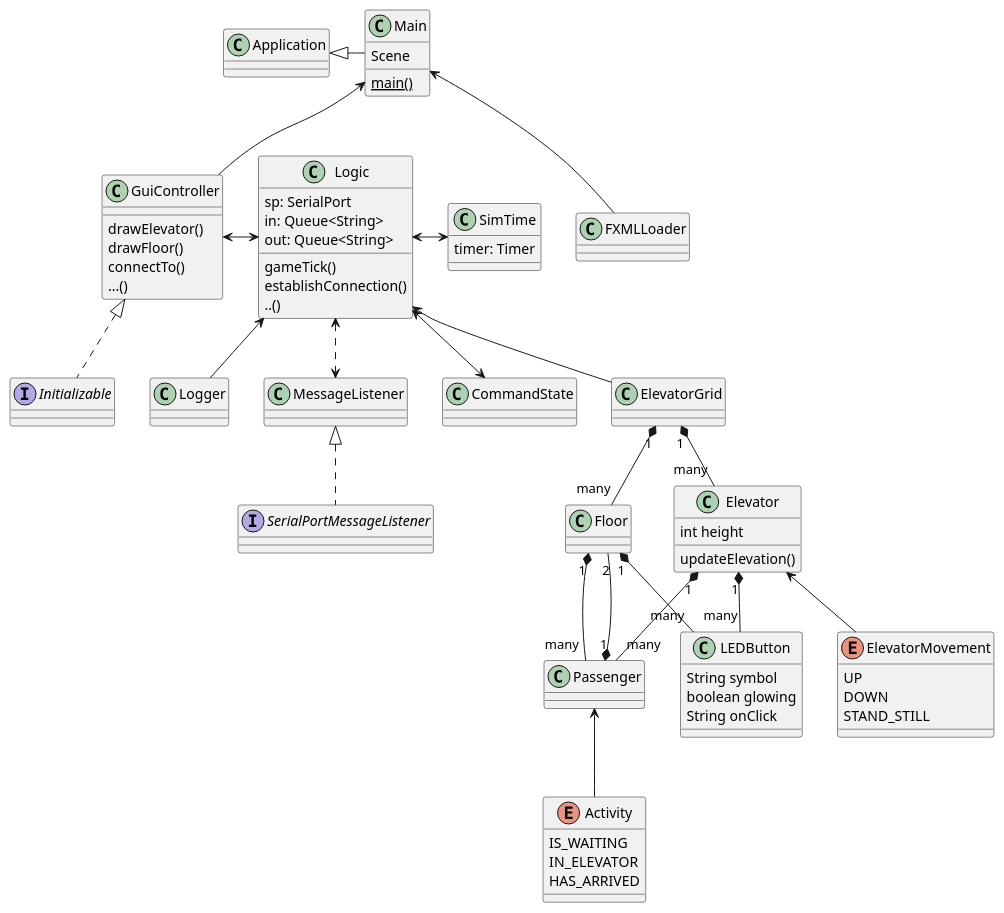
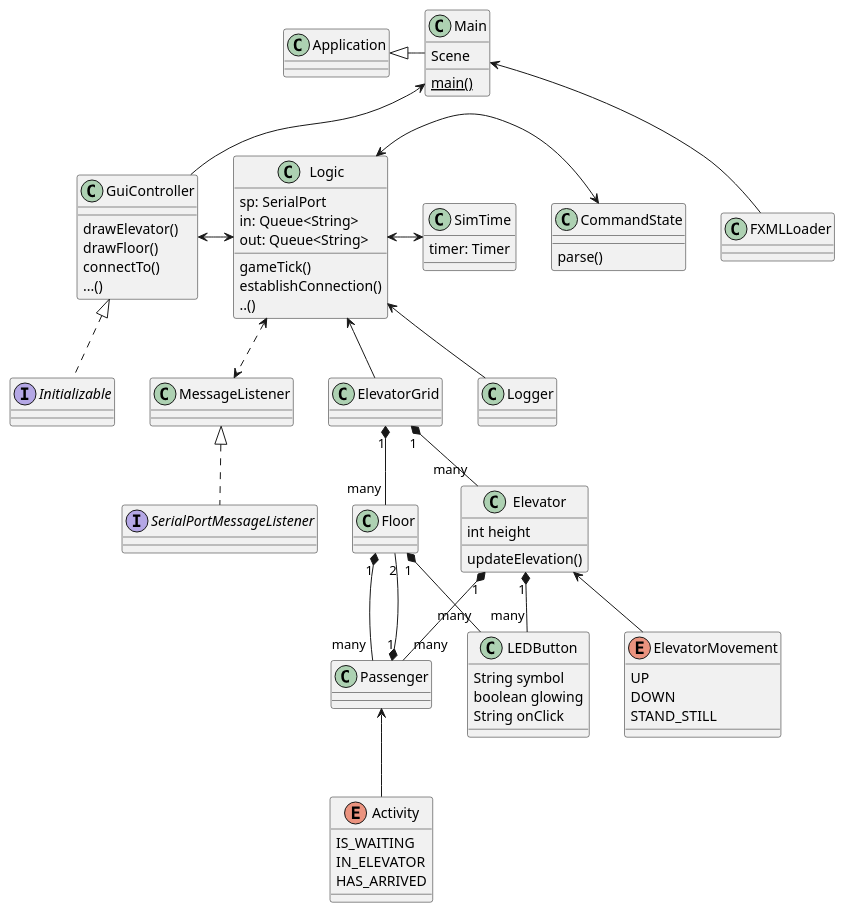
One commit to chumira/elevatorGUI_FH changed the diagram in src/main/resources/uml.puml. Above: the diagram before and after it, drawn with PlantUML. The commit also changed 3 other files, not shown here.

```diff
--- a/src/main/resources/uml.puml
+++ b/src/main/resources/uml.puml
@@ -1,83 +1,85 @@
 @startuml
 'https://plantuml.com/class-diagram
 
 
 
 
 class Application
 
 class Main {
 Scene
 {static} main()
 }
 
 
 
 class Logic{
 sp: SerialPort
 in: Queue<String>
 out: Queue<String>
 gameTick()
 establishConnection()
 ..()
 }
 class MessageListener
 interface SerialPortMessageListener
 interface Initializable
-class CommandState
+class CommandState{
+parse()
+}
 class ElevatorGrid{
 }
 class Elevator{
 int height
 updateElevation()
 }
 class GuiController{
 drawElevator()
 drawFloor()
 connectTo()
 ...()
 }
 class Floor
 class SimTime{
 timer: Timer
 }
 class Passenger
 class LEDButton{
 String symbol
 boolean glowing
 String onClick
 }
 Application<|- Main
 Main <-- GuiController
 Main <-- FXMLLoader
 GuiController <|.. Initializable
 GuiController <-> Logic
 Logic <-- ElevatorGrid
 Logic <-> SimTime
 Logic <-- Logger
-Logic <--> CommandState
+Logic <-> CommandState
 Logic <..> MessageListener
 MessageListener <|.. SerialPortMessageListener
 ElevatorGrid "1" *-- "many" Elevator
 ElevatorGrid "1" *-- "many" Floor
 Elevator <-- ElevatorMovement
 Elevator "1" *-- "many" Passenger
 Floor "1" *-- "many" Passenger
 Elevator "1" *-- "many" LEDButton
 Floor "1" *-- "many" LEDButton
 Passenger <-- Activity
 Passenger "1" *- "2" Floor
 
 enum Activity {
 IS_WAITING
 IN_ELEVATOR
 HAS_ARRIVED
 }
 
 enum ElevatorMovement{
 UP
 DOWN
 STAND_STILL
 }
 
 @enduml
```
